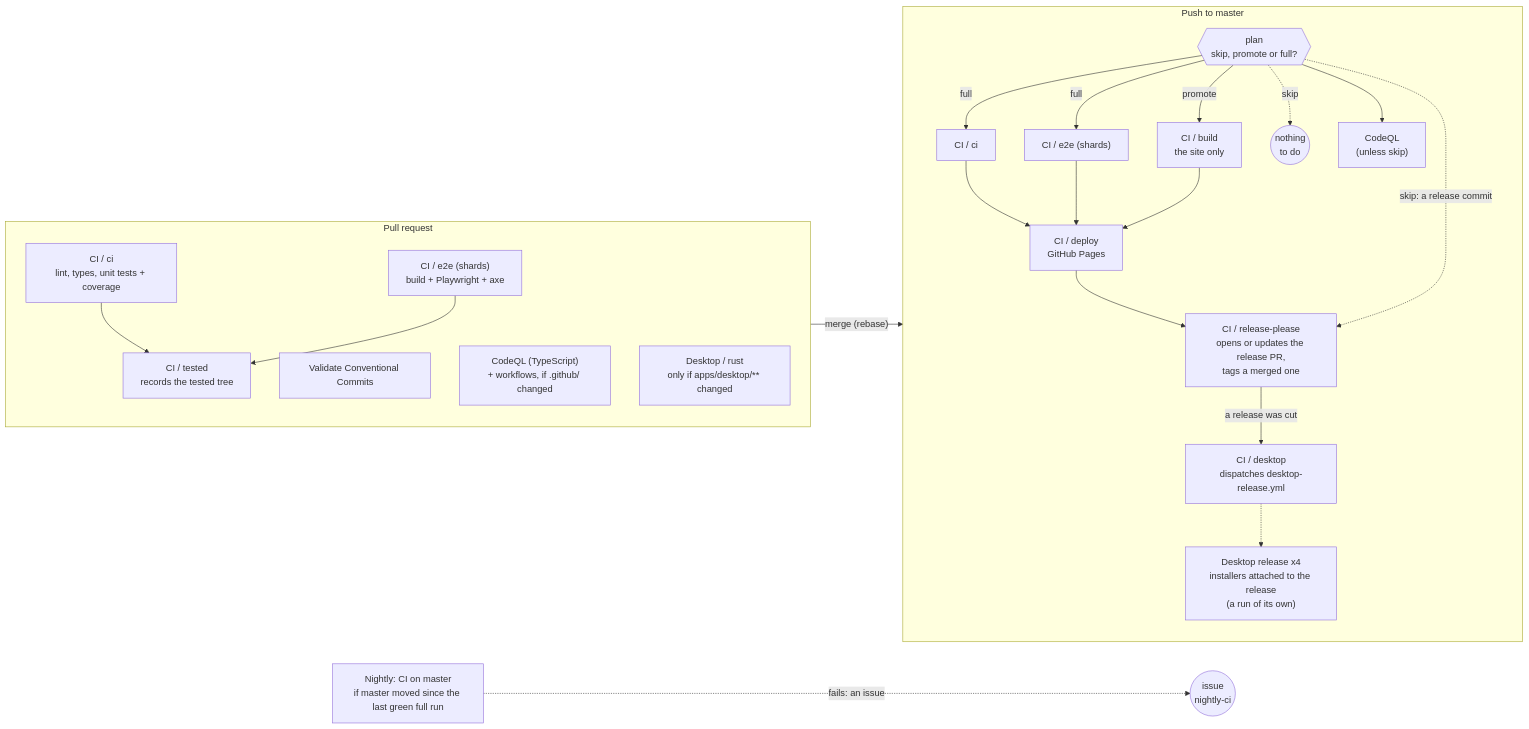
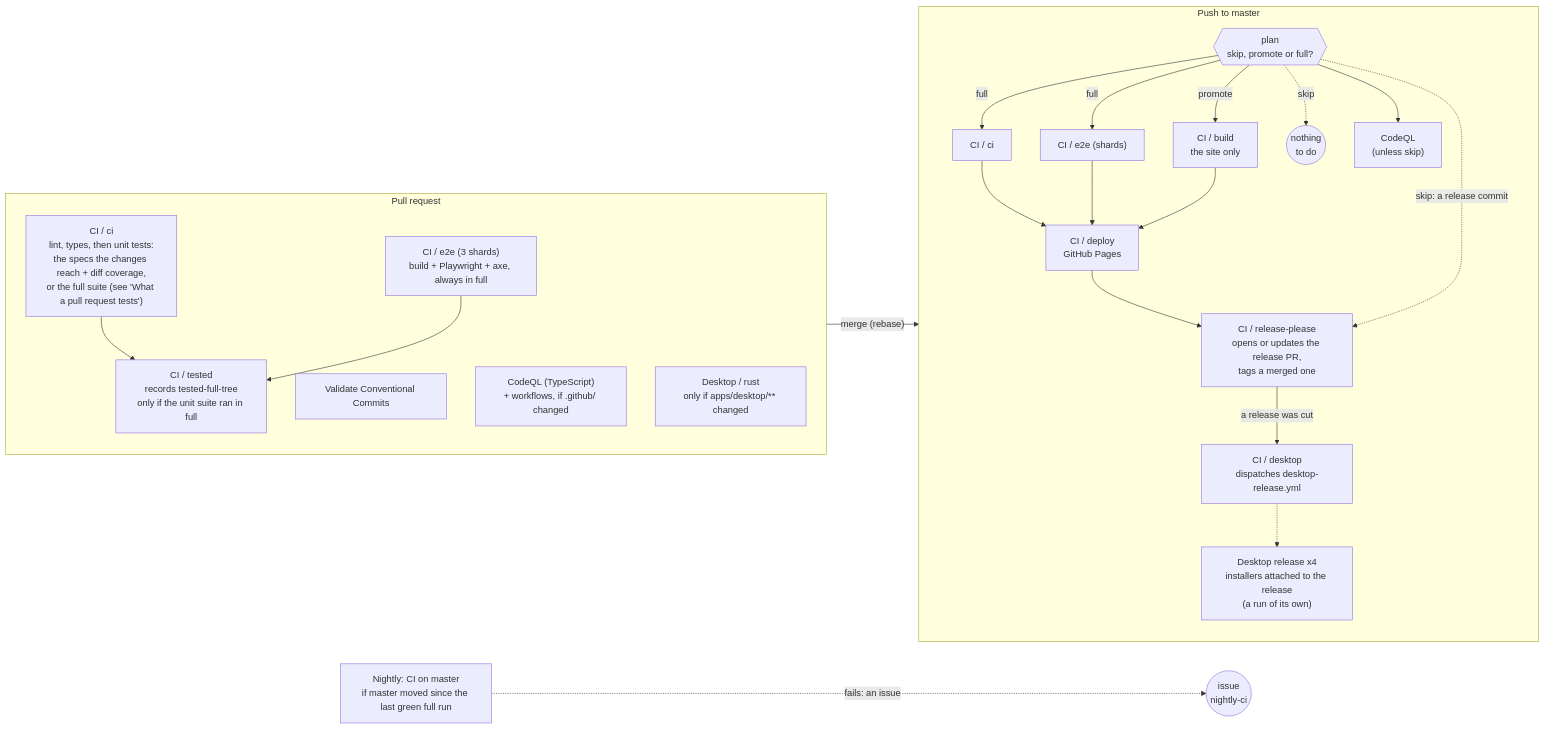
Before and after one commit to kqesar/alltp-tracker: the first of 4 diagrams in docs/ci.md, drawn with Mermaid. The commit also changed other lines of this file and 11 other files, not shown here.

Commit message:
ci: test only what a pull request changed

````diff
--- a/docs/ci.md
+++ b/docs/ci.md
@@ -7,32 +7,32 @@
 ```mermaid
 flowchart LR
   subgraph PR["Pull request"]
     direction TB
-    ci_pr["CI / ci<br/>lint, types, unit tests + coverage"]
-    e2e_pr["CI / e2e (shards)<br/>build + Playwright + axe"]
-    rec["CI / tested<br/>records the tested tree"]
+    ci_pr["CI / ci<br/>lint, types, then unit tests:<br/>the specs the changes reach + diff coverage,<br/>or the full suite (see 'What a pull request tests')"]
+    e2e_pr["CI / e2e (3 shards)<br/>build + Playwright + axe, always in full"]
+    rec["CI / tested<br/>records tested-full-tree<br/>only if the unit suite ran in full"]
     vc["Validate Conventional Commits"]
     cq_pr["CodeQL (TypeScript)<br/>+ workflows, if .github/ changed"]
     dk_pr["Desktop / rust<br/>only if apps/desktop/** changed"]
     ci_pr & e2e_pr --> rec
   end
   subgraph MASTER["Push to master"]
     direction TB
     plan{{"plan<br/>skip, promote or full?"}}
     plan -->|full| ci_m["CI / ci"]
     plan -->|full| e2e_m["CI / e2e (shards)"]
     plan -->|promote| build["CI / build<br/>the site only"]
     plan -.->|skip| none(("nothing<br/>to do"))
     plan --> cq_m["CodeQL<br/>(unless skip)"]
     ci_m --> deploy["CI / deploy<br/>GitHub Pages"]
     e2e_m --> deploy
     build --> deploy
     deploy --> rp["CI / release-please<br/>opens or updates the release PR,<br/>tags a merged one"]
     plan -.->|"skip: a release commit"| rp
     rp -->|a release was cut| inst["CI / desktop<br/>dispatches desktop-release.yml"]
     inst -.-> dr["Desktop release x4<br/>installers attached to the release<br/>(a run of its own)"]
   end
   nightly["Nightly: CI on master<br/>if master moved since the last green full run"]
   PR -->|"merge (rebase)"| MASTER
   nightly -. "fails: an issue" .-> issue(("issue<br/>nightly-ci"))
 ```
````
